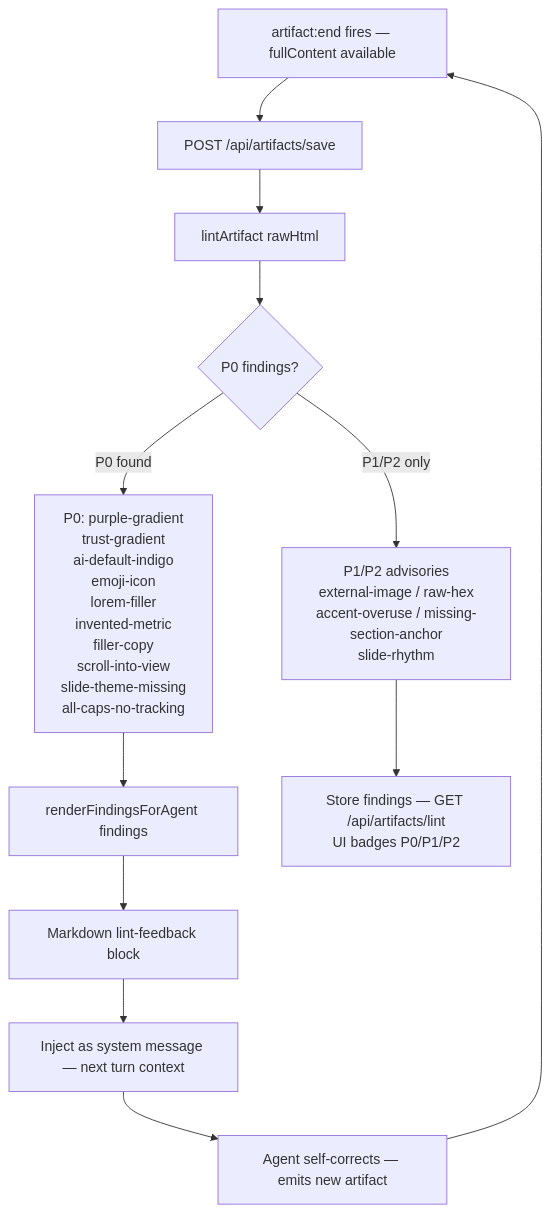
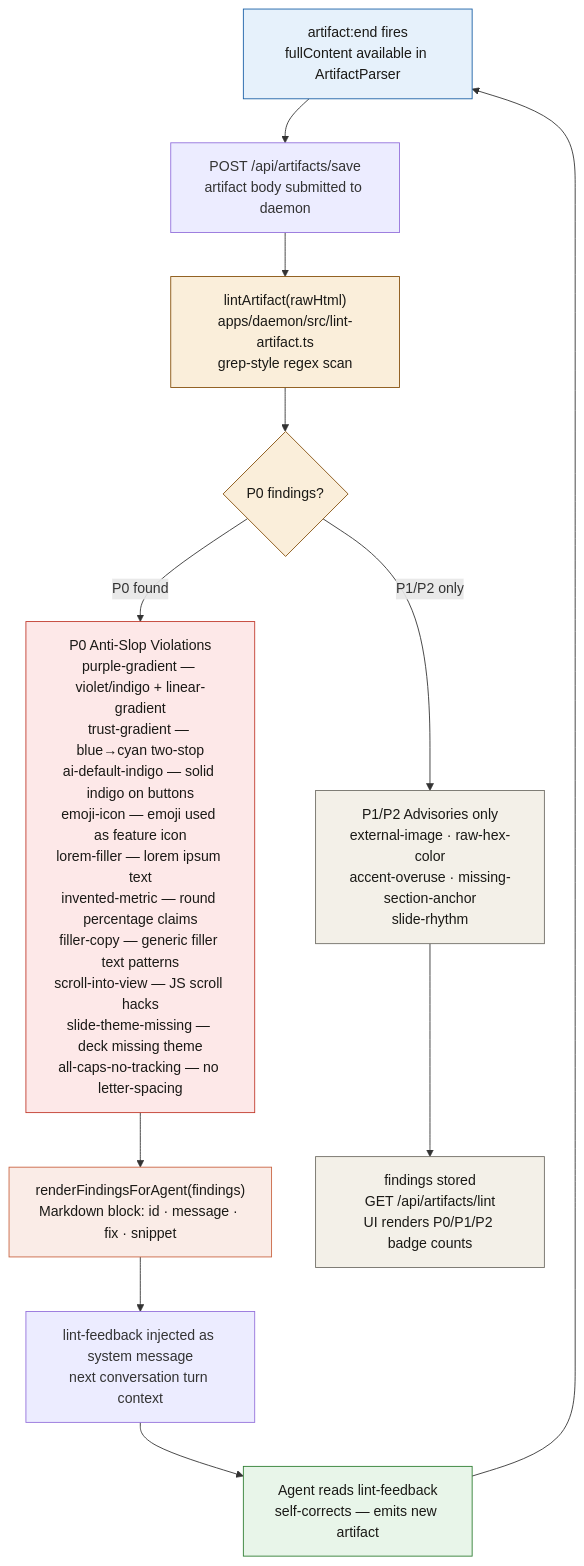
Before and after one commit to MinhTuan2405/opendesign_exploration: diagram 11 of 11 in backend/open-design-data-flow-map.md, drawn with Mermaid. The commit also changed other lines of this file and 1 other file, not shown here.

````diff
--- a/backend/open-design-data-flow-map.md
+++ b/backend/open-design-data-flow-map.md
@@ -992,20 +1062,30 @@
 ```mermaid
 flowchart TD
-  A[artifact:end fires — fullContent available]
-  B[POST /api/artifacts/save]
-  C[lintArtifact rawHtml]
-  D{P0 findings?}
-  E[P0: purple-gradient\ntrust-gradient\nai-default-indigo\nemoji-icon\nlorem-filler\ninvented-metric\nfiller-copy\nscroll-into-view\nslide-theme-missing\nall-caps-no-tracking]
-  F[P1/P2 advisories\nexternal-image / raw-hex\naccent-overuse / missing-section-anchor\nslide-rhythm]
-  G[renderFindingsForAgent findings]
-  H[Markdown lint-feedback block]
-  I[Inject as system message — next turn context]
-  J[Agent self-corrects — emits new artifact]
-  K[Store findings — GET /api/artifacts/lint\nUI badges P0/P1/P2]
+    A["artifact:end fires\nfullContent available in ArtifactParser"]
+    B["POST /api/artifacts/save\nartifact body submitted to daemon"]
+    C["lintArtifact(rawHtml)\napps/daemon/src/lint-artifact.ts\ngrep-style regex scan"]
+    D{"P0 findings?"}
 
-  A --> B --> C --> D
-  D -- P0 found --> E --> G
-  D -- P1/P2 only --> F --> K
-  G --> H --> I --> J
-  J --> A
+    P0["P0 Anti-Slop Violations\npurple-gradient — violet/indigo + linear-gradient\ntrust-gradient — blue→cyan two-stop\nai-default-indigo — solid indigo on buttons\nemoji-icon — emoji used as feature icon\nlorem-filler — lorem ipsum text\ninvented-metric — round percentage claims\nfiller-copy — generic filler text patterns\nscroll-into-view — JS scroll hacks\nslide-theme-missing — deck missing theme\nall-caps-no-tracking — no letter-spacing"]
+
+    P12["P1/P2 Advisories only\nexternal-image · raw-hex-color\naccent-overuse · missing-section-anchor\nslide-rhythm"]
+
+    G["renderFindingsForAgent(findings)\nMarkdown block: id · message · fix · snippet"]
+    H["lint-feedback injected as system message\nnext conversation turn context"]
+    I["Agent reads lint-feedback\nself-corrects — emits new artifact"]
+
+    K["findings stored\nGET /api/artifacts/lint\nUI renders P0/P1/P2 badge counts"]
+
+    A --> B --> C --> D
+    D -- "P0 found" --> P0 --> G --> H --> I --> A
+    D -- "P1/P2 only" --> P12 --> K
+
+    style A fill:#e6f1fb,stroke:#185fa5,color:#1a1916
+    style C fill:#faeeda,stroke:#854f0b,color:#1a1916
+    style D fill:#faeeda,stroke:#854f0b,color:#1a1916
+    style P0 fill:#fde8e8,stroke:#c0392b,color:#1a1916
+    style P12 fill:#f3f0e8,stroke:#706d65,color:#1a1916
+    style G fill:#faece7,stroke:#c96442,color:#1a1916
+    style I fill:#e8f5e9,stroke:#2e7d32,color:#1a1916
+    style K fill:#f3f0e8,stroke:#706d65,color:#1a1916
 ```
````
